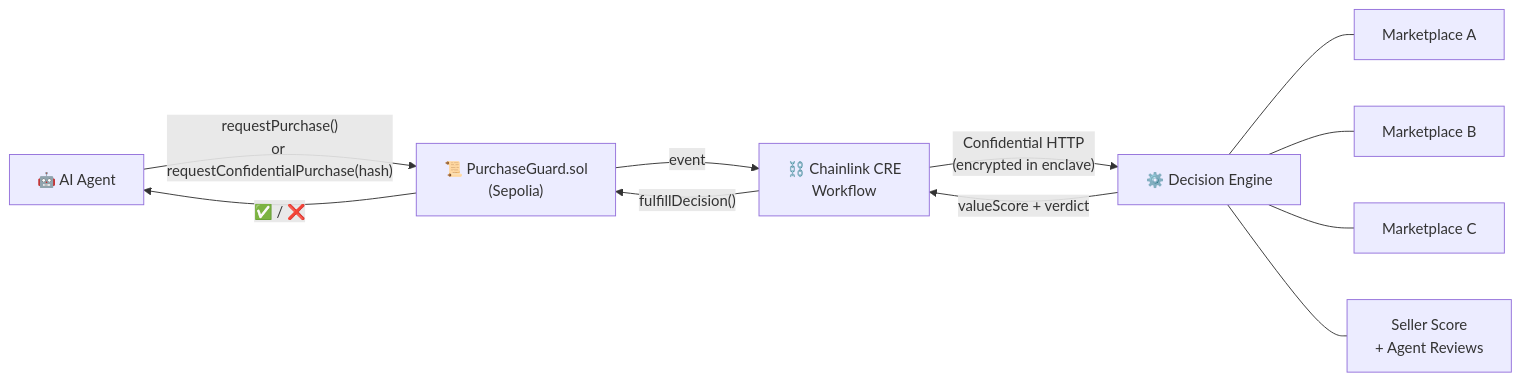
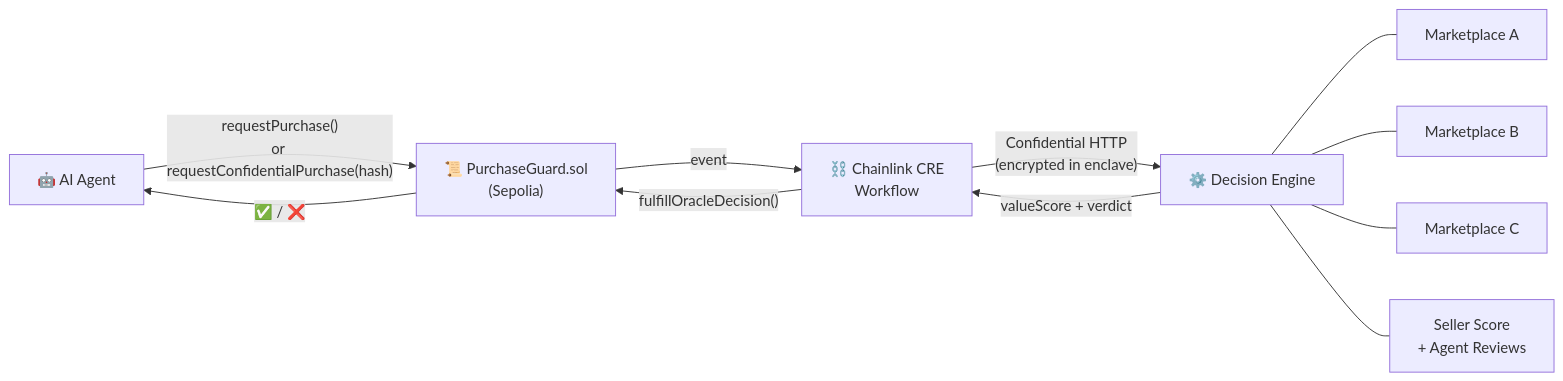
Before and after one commit to LeventLabs/ValueOracle: the diagram in README.md, drawn with Mermaid.

Commit message:
`docs: split video script into voice/screen guides and align README with fulfillOracleDecision`

````diff
--- a/README.md
+++ b/README.md
@@ -42,22 +42,22 @@
 ```mermaid
 flowchart LR
     Agent["🤖 AI Agent"]
     Contract["📜 PurchaseGuard.sol\n(Sepolia)"]
     CRE["⛓️ Chainlink CRE\nWorkflow"]
     Engine["⚙️ Decision Engine"]
     MA["Marketplace A"]
     MB["Marketplace B"]
     MC["Marketplace C"]
     SS["Seller Score\n+ Agent Reviews"]
 
     Agent -->|"requestPurchase()\nor requestConfidentialPurchase(hash)"| Contract
     Contract -->|"event"| CRE
     CRE -->|"Confidential HTTP\n(encrypted in enclave)"| Engine
     Engine --- MA
     Engine --- MB
     Engine --- MC
     Engine --- SS
     Engine -->|"valueScore + verdict"| CRE
-    CRE -->|"fulfillDecision()"| Contract
+    CRE -->|"fulfillOracleDecision()"| Contract
     Contract -->|"✅ / ❌"| Agent
 ```
````
